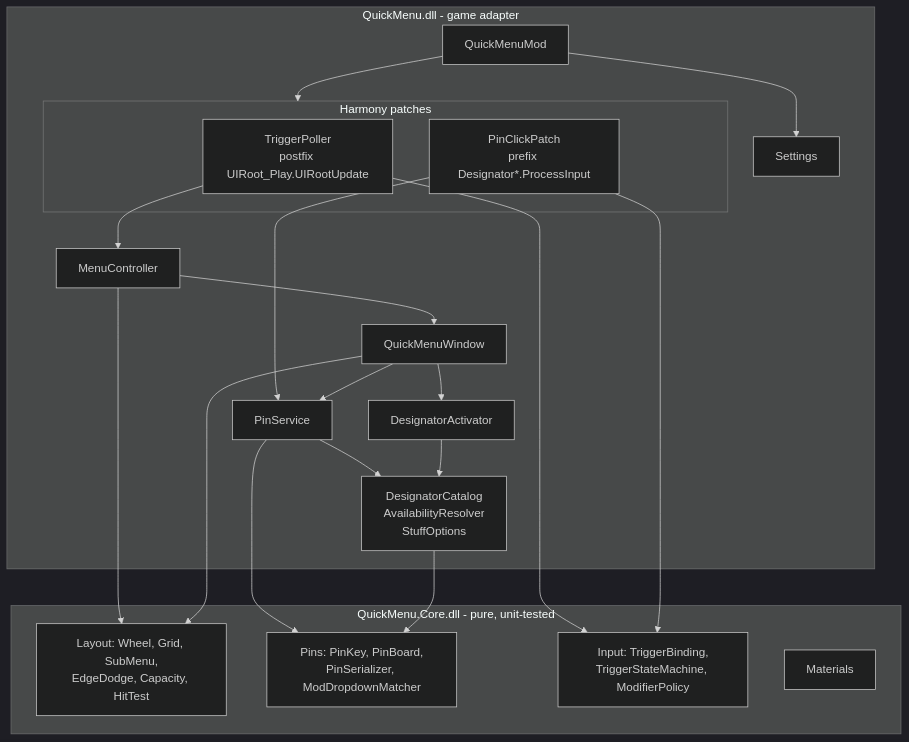
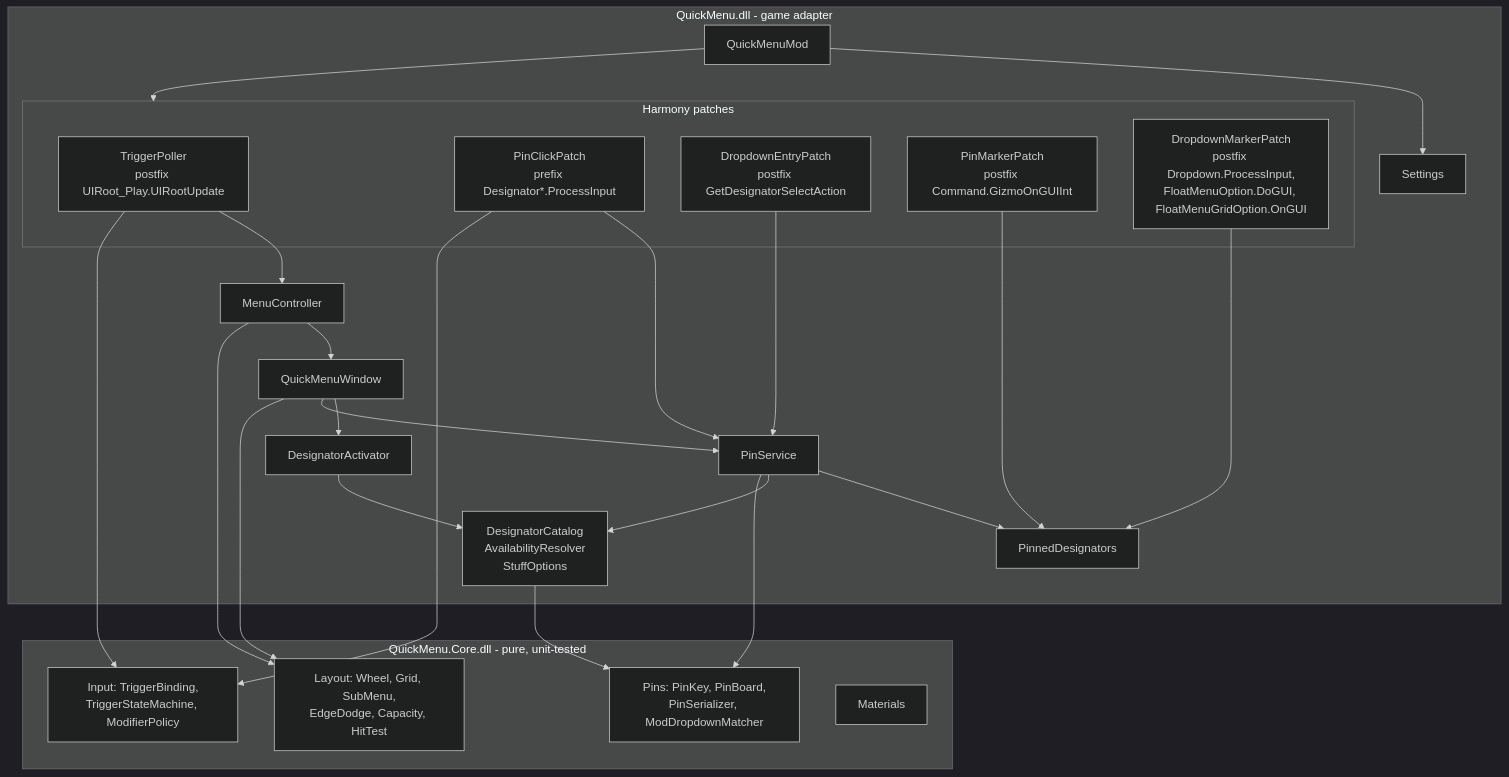
One commit to Sixdd6/rimworld-quick-menu changed the second of 5 diagrams in docs/project/architecture.md. Above: the diagram before and after it, drawn with Mermaid (dark theme). The commit also changed other lines of this file and 1 other file, not shown here.

Commit message:
docs: ADR-0009 pin-marker hooks [T-87]

````diff
--- a/docs/project/architecture.md
+++ b/docs/project/architecture.md
@@ -100,30 +103,37 @@
 ```mermaid
 flowchart TB
   subgraph QuickMenu.dll [QuickMenu.dll - game adapter]
     Mod[QuickMenuMod] --> Settings
     Mod --> Patches
     subgraph Patches[Harmony patches]
       TP[TriggerPoller<br/>postfix UIRoot_Play.UIRootUpdate]
       PC[PinClickPatch<br/>prefix Designator*.ProcessInput]
+      DE[DropdownEntryPatch<br/>postfix GetDesignatorSelectAction]
+      PM[PinMarkerPatch<br/>postfix Command.GizmoOnGUIInt]
+      DM[DropdownMarkerPatch<br/>postfix Dropdown.ProcessInput,<br/>FloatMenuOption.DoGUI, FloatMenuGridOption.OnGUI]
     end
+    DE --> PS
+    PM --> PD[PinnedDesignators]
+    DM --> PD
+    PS --> PD
     TP --> MC[MenuController]
     MC --> W[QuickMenuWindow]
     W --> ACT[DesignatorActivator]
     PC --> PS[PinService]
     W --> PS
     PS --> CAT[DesignatorCatalog<br/>AvailabilityResolver<br/>StuffOptions]
     ACT --> CAT
   end
   subgraph Core[QuickMenu.Core.dll - pure, unit-tested]
     L[Layout: Wheel, Grid, SubMenu,<br/>EdgeDodge, Capacity, HitTest]
     P[Pins: PinKey, PinBoard,<br/>PinSerializer, ModDropdownMatcher]
     I[Input: TriggerBinding,<br/>TriggerStateMachine, ModifierPolicy]
     S[Materials]
   end
   MC --> L
   W --> L
   PS --> P
   TP --> I
   PC --> I
   CAT --> P
 ```
````
